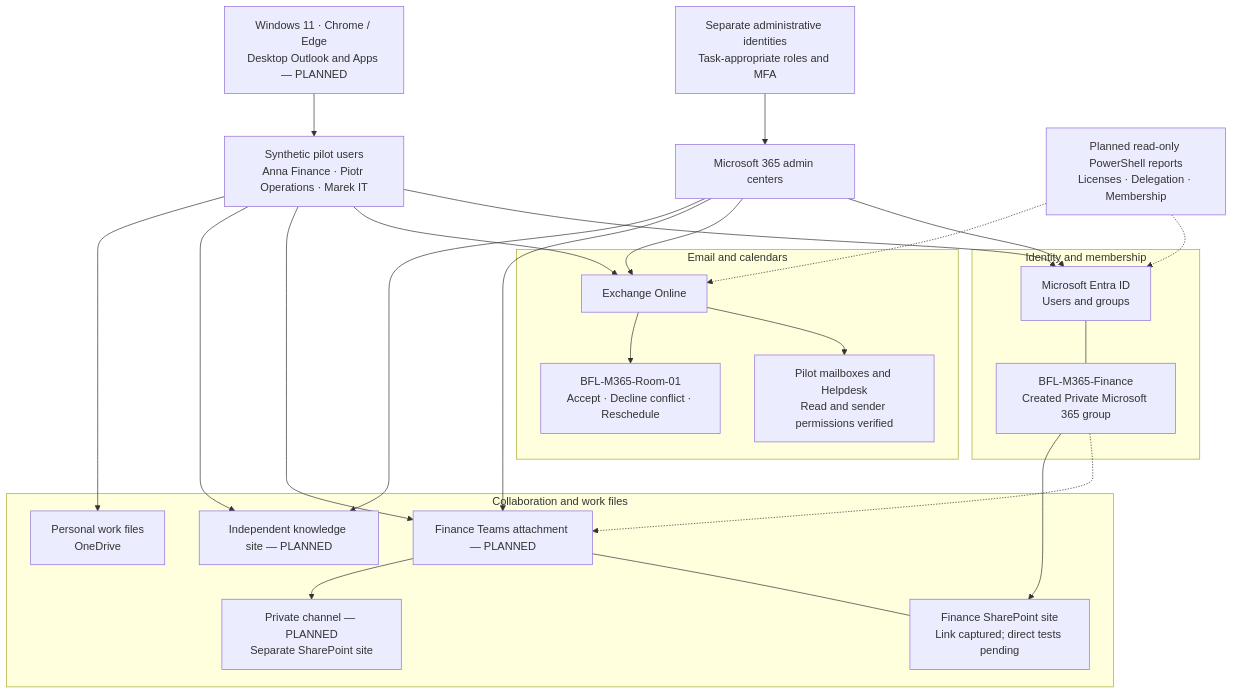
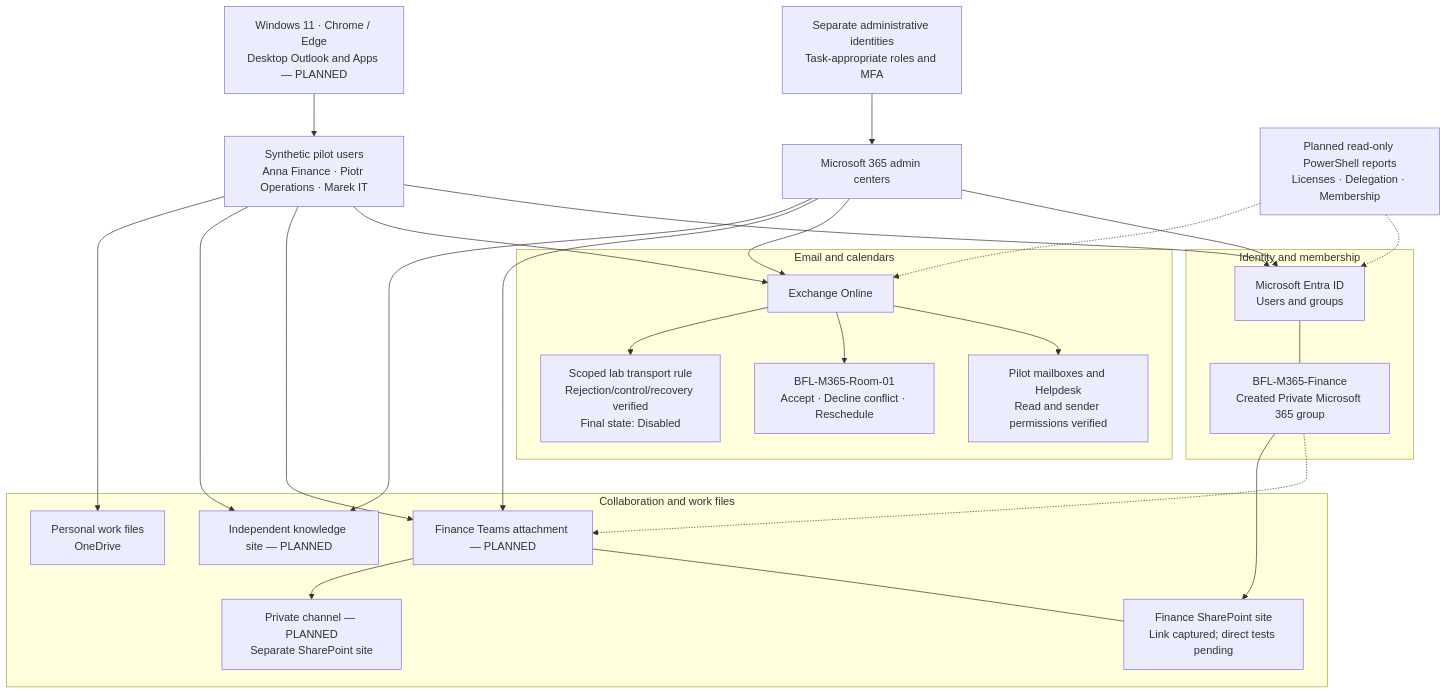
One commit to krzysztof-szot/m365-administration-support-project changed the diagram in README.md. Above: the diagram before and after it, drawn with Mermaid. The commit also changed other lines of this file and 21 other files, not shown here.

Commit message:
Document Day 05: NDR diagnosis, scoped rule control and delivery recovery

````diff
--- a/README.md
+++ b/README.md
@@ -173,49 +188,51 @@
 ```mermaid
 flowchart TB
     ADMIN["Separate administrative identities<br/>Task-appropriate roles and MFA"]
     CENTERS["Microsoft 365 admin centers"]
     PILOTS["Synthetic pilot users<br/>Anna Finance · Piotr Operations · Marek IT"]
     CLIENT["Windows 11 · Chrome / Edge<br/>Desktop Outlook and Apps — PLANNED"]
 
     subgraph IDENTITY["Identity and membership"]
         ENTRA["Microsoft Entra ID<br/>Users and groups"]
         GROUP["BFL-M365-Finance<br/>Created Private Microsoft 365 group"]
     end
 
     subgraph MESSAGING["Email and calendars"]
         EXO["Exchange Online"]
         MAIL["Pilot mailboxes and Helpdesk<br/>Read and sender permissions verified"]
         ROOM["BFL-M365-Room-01<br/>Accept · Decline conflict · Reschedule"]
+        RULE["Scoped lab transport rule<br/>Rejection/control/recovery verified<br/>Final state: Disabled"]
     end
 
     subgraph COLLABORATION["Collaboration and work files"]
         TEAM["Finance Teams attachment — PLANNED"]
         PARENT["Finance SharePoint site<br/>Link captured; direct tests pending"]
         PRIVATE["Private channel — PLANNED<br/>Separate SharePoint site"]
         KNOWLEDGE["Independent knowledge site — PLANNED"]
         ONEDRIVE["Personal work files<br/>OneDrive"]
     end
 
     REPORTS["Planned read-only PowerShell reports<br/>Licenses · Delegation · Membership"]
 
     ADMIN --> CENTERS
     CENTERS --> ENTRA
     CENTERS --> EXO
     CENTERS --> TEAM
     CENTERS --> KNOWLEDGE
     PILOTS --> ENTRA
     CLIENT --> PILOTS
     PILOTS --> EXO
     PILOTS --> TEAM
     PILOTS --> KNOWLEDGE
     PILOTS --> ONEDRIVE
     ENTRA --- GROUP
     GROUP -.-> TEAM
     GROUP --> PARENT
     EXO --> MAIL
     EXO --> ROOM
+    EXO --> RULE
     TEAM --- PARENT
     TEAM --> PRIVATE
     REPORTS -.-> ENTRA
     REPORTS -.-> EXO
 ```
````
